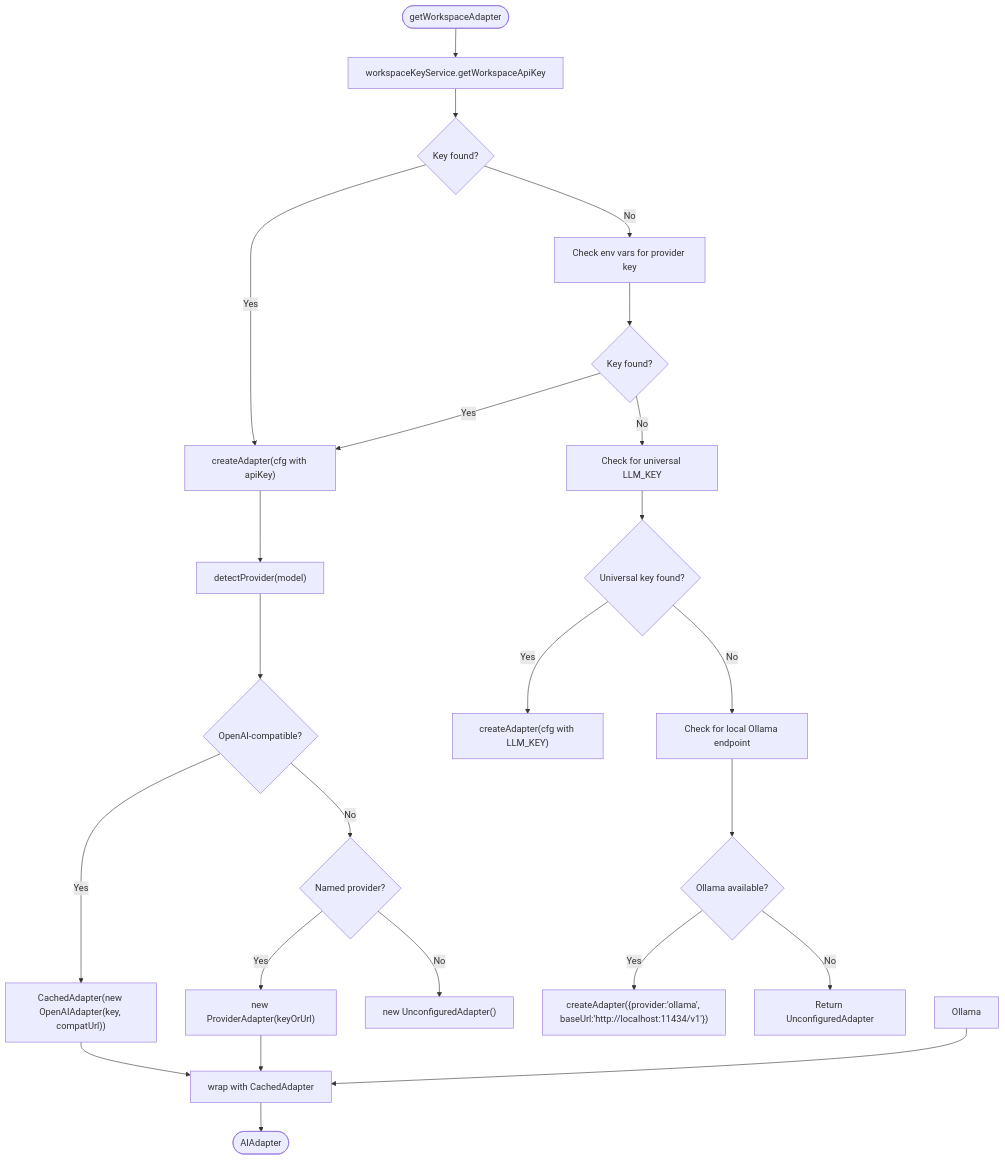
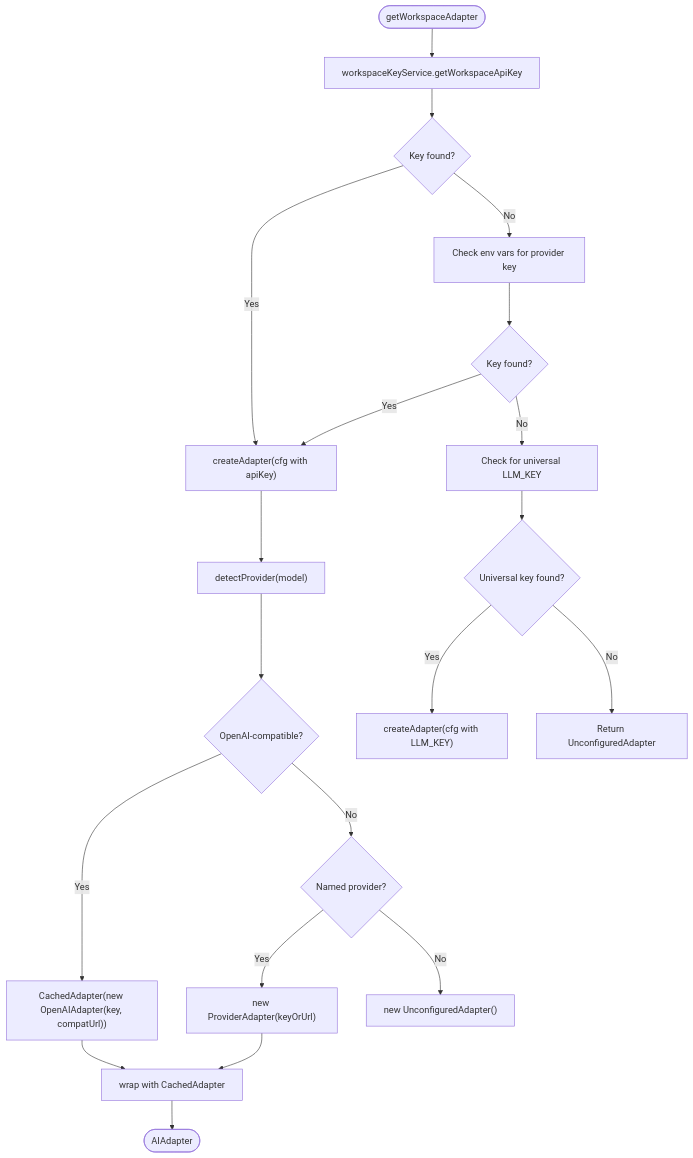
One commit to shekhargiri005-dotcom/AI-powered-accessibility-first-UI-engine changed the fourth of 10 diagrams in .qoder/repowiki/en/content/Architecture & Design/Layered Architecture/Business Logic Layer/AI Provider Adapter System.md. Above: the diagram before and after it, drawn with Mermaid. The commit also changed other lines of this file and 6 other files, not shown here.

First line of the commit message:
fix: VersionTimeline visibility and reduce inactivity timeout to 15min

````diff
--- a/.qoder/repowiki/en/content/Architecture & Design/Layered Architecture/Business Logic Layer/AI Provider Adapter System.md
+++ b/.qoder/repowiki/en/content/Architecture & Design/Layered Architecture/Business Logic Layer/AI Provider Adapter System.md
@@ -236,26 +234,22 @@
 ```mermaid
 flowchart TD
 Start(["getWorkspaceAdapter"]) --> DB["workspaceKeyService.getWorkspaceApiKey"]
 DB --> Found{"Key found?"}
 Found -- Yes --> Create["createAdapter(cfg with apiKey)"]
 Found -- No --> Env["Check env vars for provider key"]
 Env --> HasKey{"Key found?"}
 HasKey -- Yes --> Create
 HasKey -- No --> Universal["Check for universal LLM_KEY"]
 Universal --> UniFound{"Universal key found?"}
 UniFound -- Yes --> CreateUni["createAdapter(cfg with LLM_KEY)"]
-UniFound -- No --> OllamaCheck["Check for local Ollama endpoint"]
-OllamaCheck --> OllamaFound{"Ollama available?"}
-OllamaFound -- Yes --> CreateOllama["createAdapter({provider:'ollama', baseUrl:'http://localhost:11434/v1'})"]
-OllamaFound -- No --> Fallback["Return UnconfiguredAdapter"]
+UniFound -- No --> Fallback["Return UnconfiguredAdapter"]
 Create --> Detect["detectProvider(model)"]
 Detect --> Compat{"OpenAI-compatible?"}
 Compat -- Yes --> OpenAI["CachedAdapter(new OpenAIAdapter(key, compatUrl))"]
 Compat -- No --> Named{"Named provider?"}
 Named -- Yes --> NewAdapter["new ProviderAdapter(keyOrUrl)"]
 Named -- No --> Unconfigured["new UnconfiguredAdapter()"]
 OpenAI --> CacheWrap["wrap with CachedAdapter"]
 NewAdapter --> CacheWrap
-Ollama --> CacheWrap
 CacheWrap --> End(["AIAdapter"])
 ```
````
